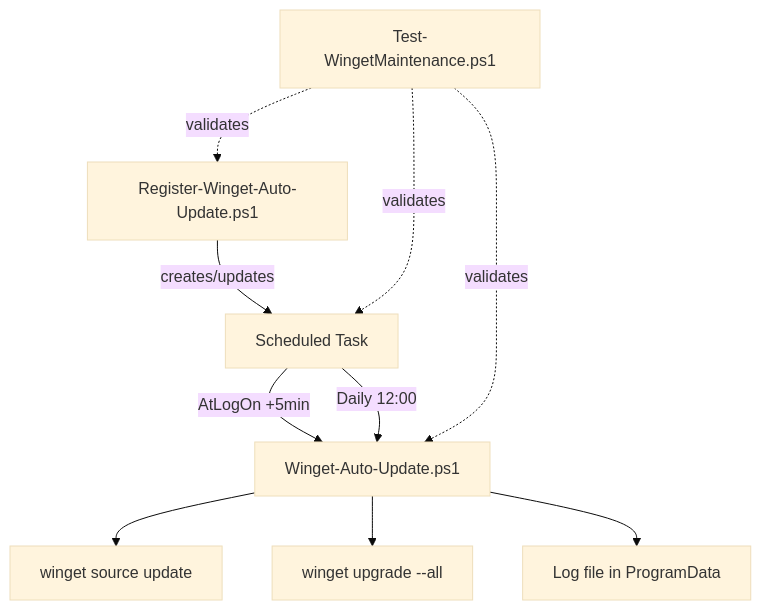
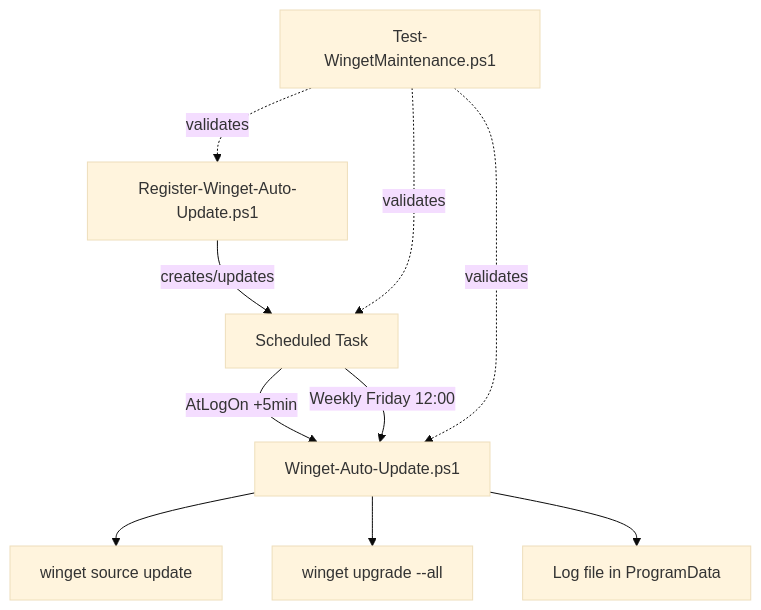
One commit to w465jt7pm9-cpu/Winget-Maintenance changed the first of 2 diagrams in docs/ARCHITECTURE.md. Above: the diagram before and after it, drawn with Mermaid (base theme). The commit also changed other lines of this file and 8 other files, not shown here.

Commit message:
Switch maintenance schedule to weekly Friday runs

````diff
--- a/docs/ARCHITECTURE.md
+++ b/docs/ARCHITECTURE.md
@@ -9,12 +9,12 @@
 ```mermaid
 flowchart TD
     A[Register-Winget-Auto-Update.ps1] -->|creates/updates| B[Scheduled Task]
     B -->|AtLogOn +5min| C[Winget-Auto-Update.ps1]
-    B -->|Daily 12:00| C
+    B -->|Weekly Friday 12:00| C
     C --> D[winget source update]
     C --> E[winget upgrade --all]
     C --> F[Log file in ProgramData]
     G[Test-WingetMaintenance.ps1] -.validates.-> A
     G -.validates.-> C
     G -.validates.-> B
 ```
````
